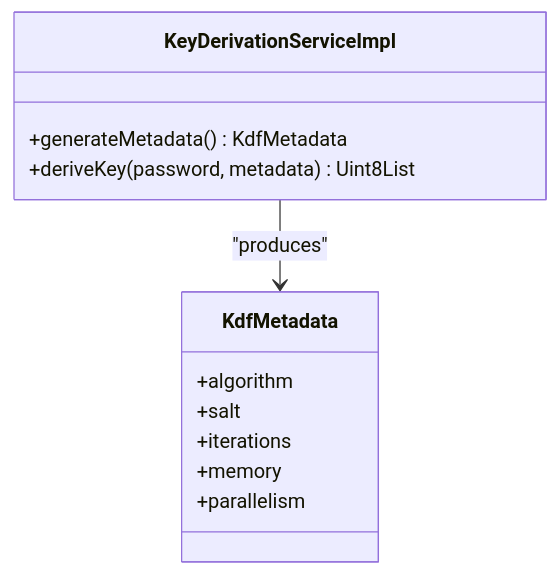
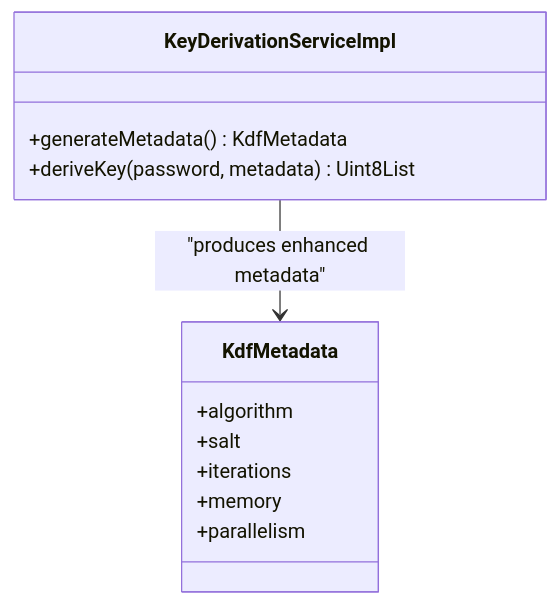
One commit to JAaron93/StyleSync changed the sixth of 13 diagrams in .qoder/repowiki/en/content/Testing Strategy.md. Above: the diagram before and after it, drawn with Mermaid. The commit also changed other lines of this file and 36 other files, not shown here.

````diff
--- a/.qoder/repowiki/en/content/Testing Strategy.md
+++ b/.qoder/repowiki/en/content/Testing Strategy.md
@@ -282,15 +328,15 @@
 ```mermaid
 classDiagram
 class KeyDerivationServiceImpl {
 +generateMetadata() KdfMetadata
 +deriveKey(password, metadata) Uint8List
 }
 class KdfMetadata {
 +algorithm
 +salt
 +iterations
 +memory
 +parallelism
 }
-KeyDerivationServiceImpl --> KdfMetadata : "produces"
+KeyDerivationServiceImpl --> KdfMetadata : "produces enhanced metadata"
 ```
````
